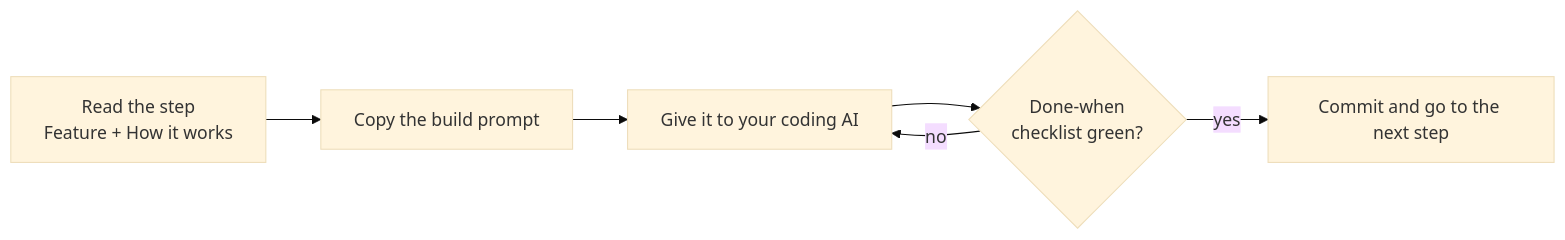
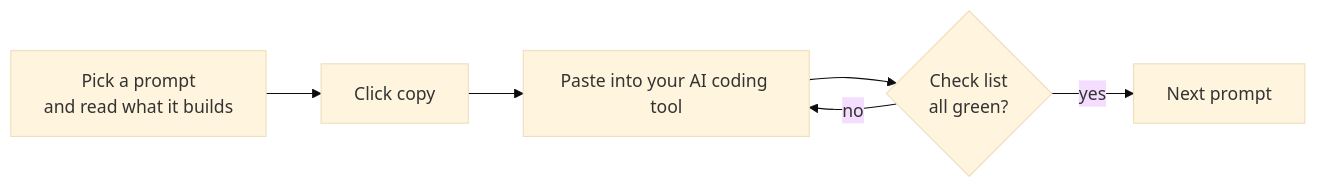
Before and after one commit to codeninjavik/lia-build-guide: the first of 2 diagrams in README.md, drawn with Mermaid (base theme). The commit also changed other lines of this file and 32 other files, not shown here.

First line of the commit message:
Add ready-to-copy prompts: one full-app prompt and one named prompt per feature

````diff
--- a/README.md
+++ b/README.md
@@ -72,8 +129,8 @@
 ```mermaid
 flowchart LR
-    A[Read the step<br/>Feature + How it works] --> B[Copy the build prompt]
-    B --> C[Give it to your coding AI]
-    C --> D{Done-when<br/>checklist green?}
+    A[Pick a prompt<br/>and read what it builds] --> B[Click copy]
+    B --> C[Paste into your AI coding tool]
+    C --> D{Check list<br/>all green?}
     D -- no --> C
-    D -- yes --> E[Commit and go to the next step]
+    D -- yes --> E[Next prompt]
 ```
````
